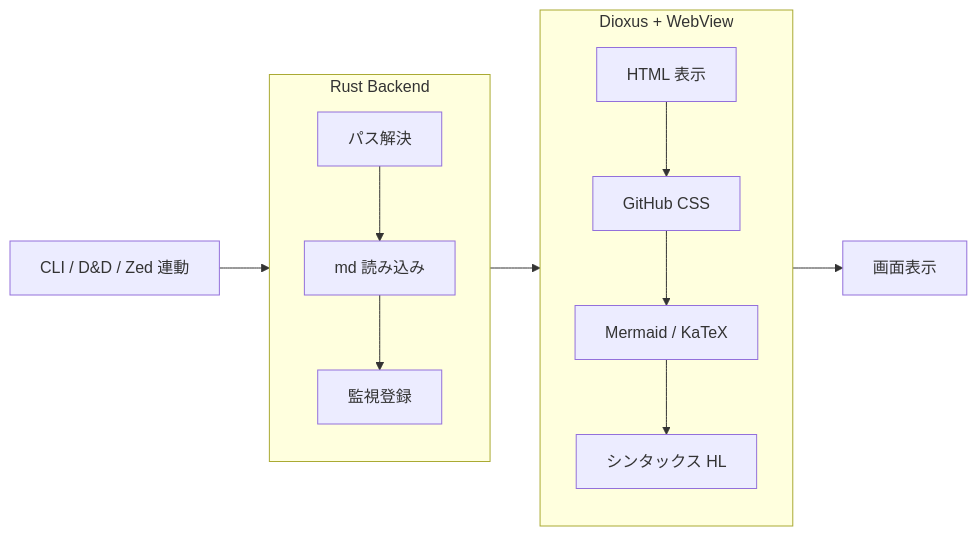
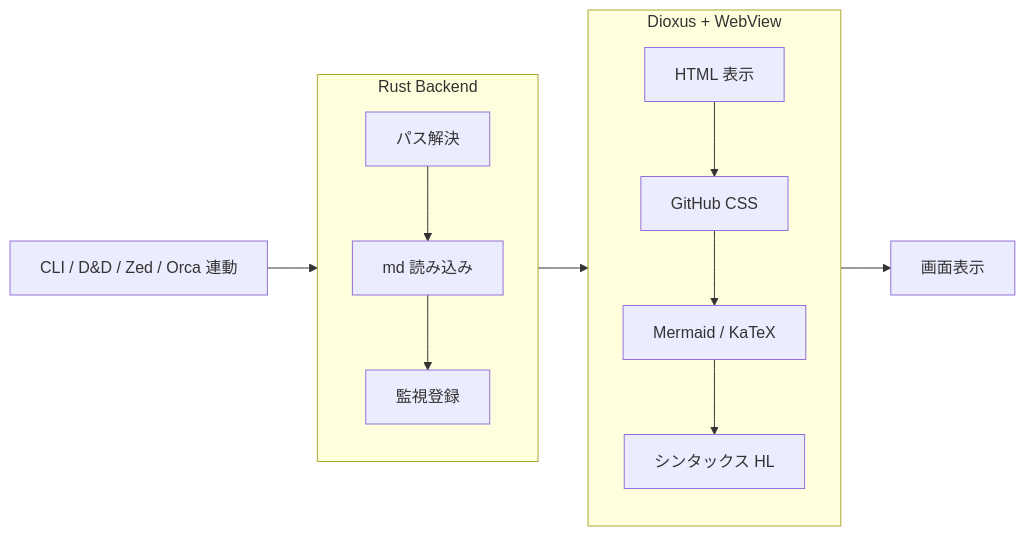
The fourth of 4 diagrams in docs/specs/01-architecture.md (MizuRyu/mzed), drawn with Mermaid before and after one commit. The commit also changed other lines of this file and 27 other files, not shown here.

````diff
--- a/docs/specs/01-architecture.md
+++ b/docs/specs/01-architecture.md
@@ -75,12 +99,12 @@
 ```mermaid
 flowchart LR
-    Input["CLI / D&D / Zed 連動"] --> Rust
+    Input["CLI / D&D / Zed / Orca 連動"] --> Rust
     subgraph Rust["Rust Backend"]
         R1[パス解決] --> R2[md 読み込み] --> R3[監視登録]
     end
     Rust --> UI["Dioxus UI"]
     subgraph UI["Dioxus + WebView"]
         W1[HTML 表示] --> W2[GitHub CSS] --> W3[Mermaid / KaTeX] --> W4[シンタックス HL]
     end
     UI --> Display[画面表示]
 ```
````
